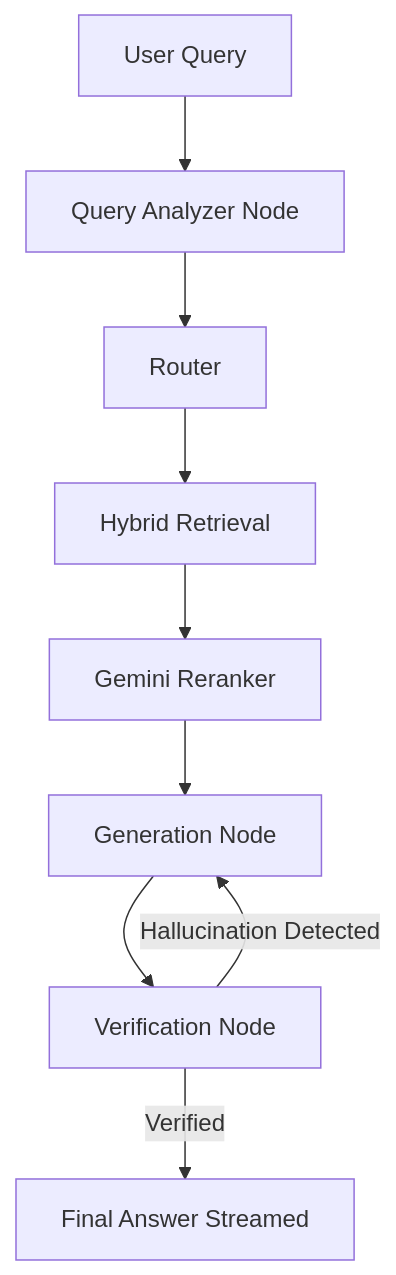
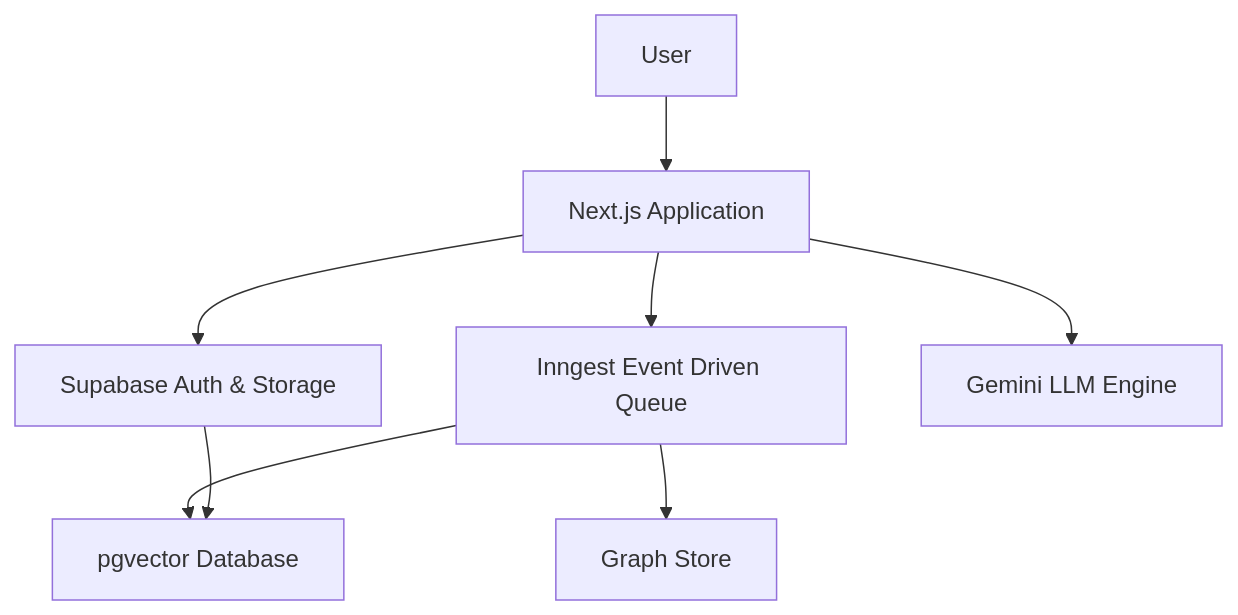
Before and after one commit to Ayush-kathil/cura-assistant-RAG: the first of 4 diagrams in README.md, drawn with Mermaid. The commit also changed other lines of this file and 15 other files, not shown here.

````diff
--- a/README.md
+++ b/README.md
@@ -23,11 +43,10 @@
 ```mermaid
 graph TD
-    A[User Query] --> B[Query Analyzer Node]
-    B --> C[Router]
-    C --> D[Hybrid Retrieval]
-    D --> E[Gemini Reranker]
-    E --> F[Generation Node]
-    F --> G[Verification Node]
-    G -->|Hallucination Detected| F
-    G -->|Verified| H[Final Answer Streamed]
+    User[User] --> NextJS[Next.js Application]
+    NextJS --> Supabase[Supabase Auth & Storage]
+    NextJS --> Inngest[Inngest Event Driven Queue]
+    NextJS --> Gemini[Gemini LLM Engine]
+    Inngest --> GraphStore[Graph Store]
+    Inngest --> PGVector[pgvector Database]
+    Supabase --> PGVector
 ```
````
